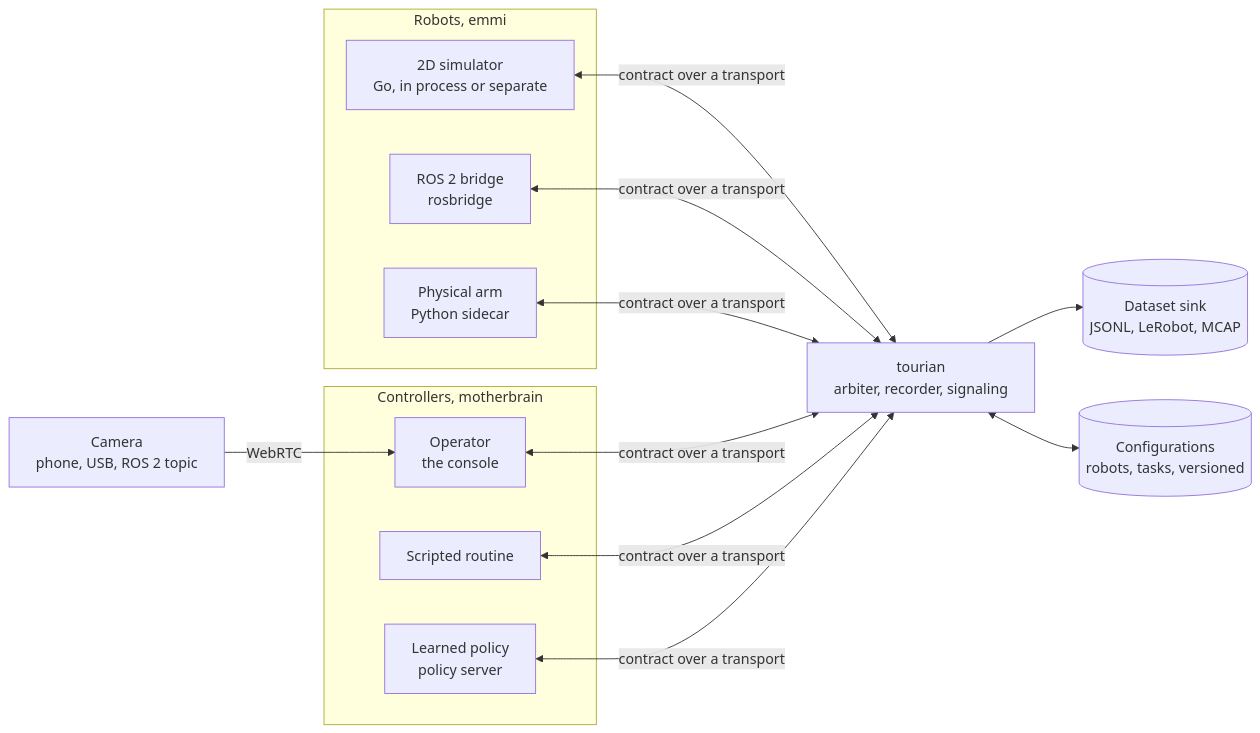
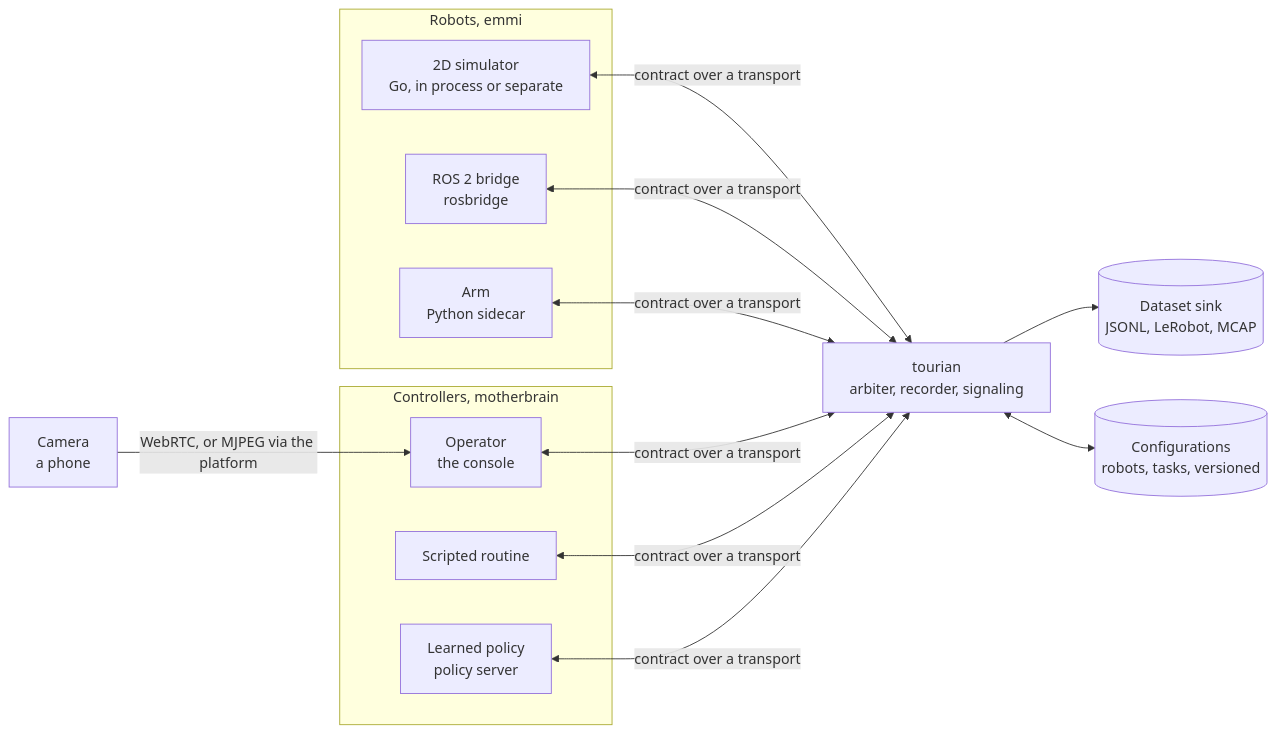
The diagram in ARCHITECTURE.md (vlumi/tourian), drawn with Mermaid before and after one commit. The commit also changed other lines of this file and 4 other files, not shown here.

````diff
--- a/ARCHITECTURE.md
+++ b/ARCHITECTURE.md
@@ -106,19 +104,19 @@
 ```mermaid
 flowchart LR
   subgraph robots [Robots, emmi]
     sim["2D simulator<br>Go, in process or separate"]
     ros["ROS 2 bridge<br>rosbridge"]
-    arm["Physical arm<br>Python sidecar"]
+    arm["Arm<br>Python sidecar"]
   end
   subgraph controllers [Controllers, motherbrain]
     samus["Operator<br>the console"]
     script["Scripted routine"]
     policy["Learned policy<br>policy server"]
   end
   platform["tourian<br>arbiter, recorder, signaling"]
   sim & ros & arm <-->|"contract over a transport"| platform
   samus & script & policy <-->|"contract over a transport"| platform
-  camera["Camera<br>phone, USB, ROS 2 topic"] -->|"WebRTC"| samus
+  camera["Camera<br>a phone"] -->|"WebRTC, or MJPEG via the platform"| samus
   platform --> sink[("Dataset sink<br>JSONL, LeRobot, MCAP")]
   platform <--> config[("Configurations<br>robots, tasks, versioned")]
 ```
````
